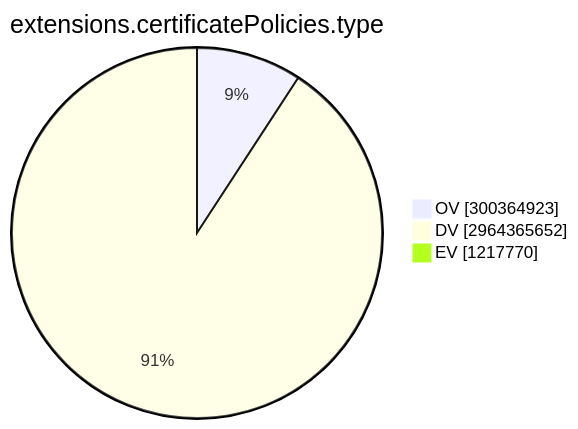
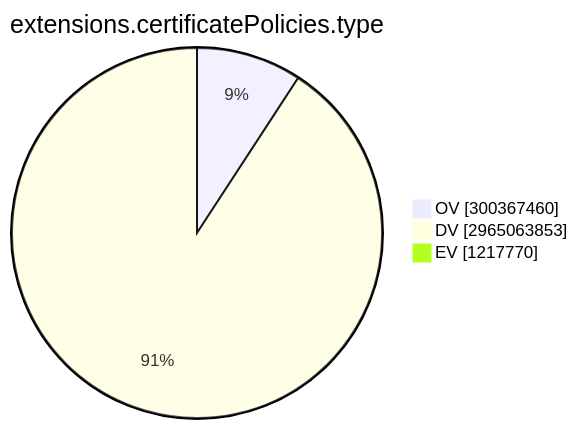
One commit to christiankrug/ctmonitor_visualization changed the ninth of 15 diagrams in TOTAL/README.md. Above: the diagram before and after it, drawn with Mermaid. The commit also changed other lines of this file, not shown here.

````diff
--- a/TOTAL/README.md
+++ b/TOTAL/README.md
@@ -3101,7 +3101,7 @@
 ```mermaid
 pie showData
 title extensions.certificatePolicies.type
-"OV" :300364923
-"DV" :2964365652
+"OV" :300367460
+"DV" :2965063853
 "EV" :1217770
 ```
````
